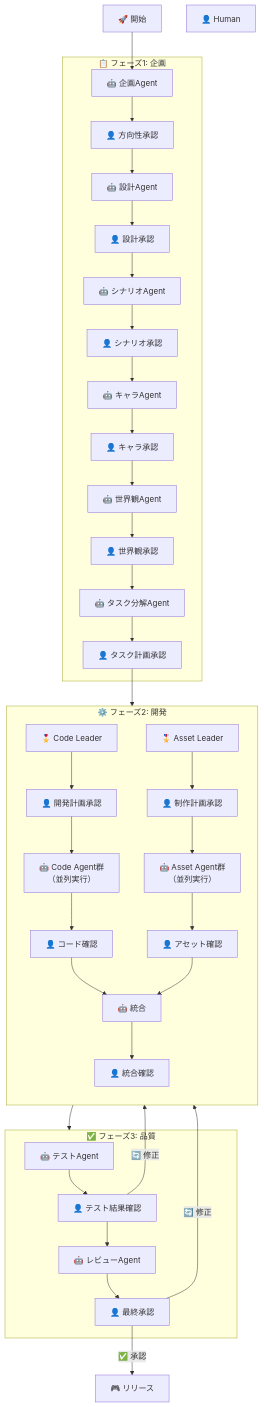
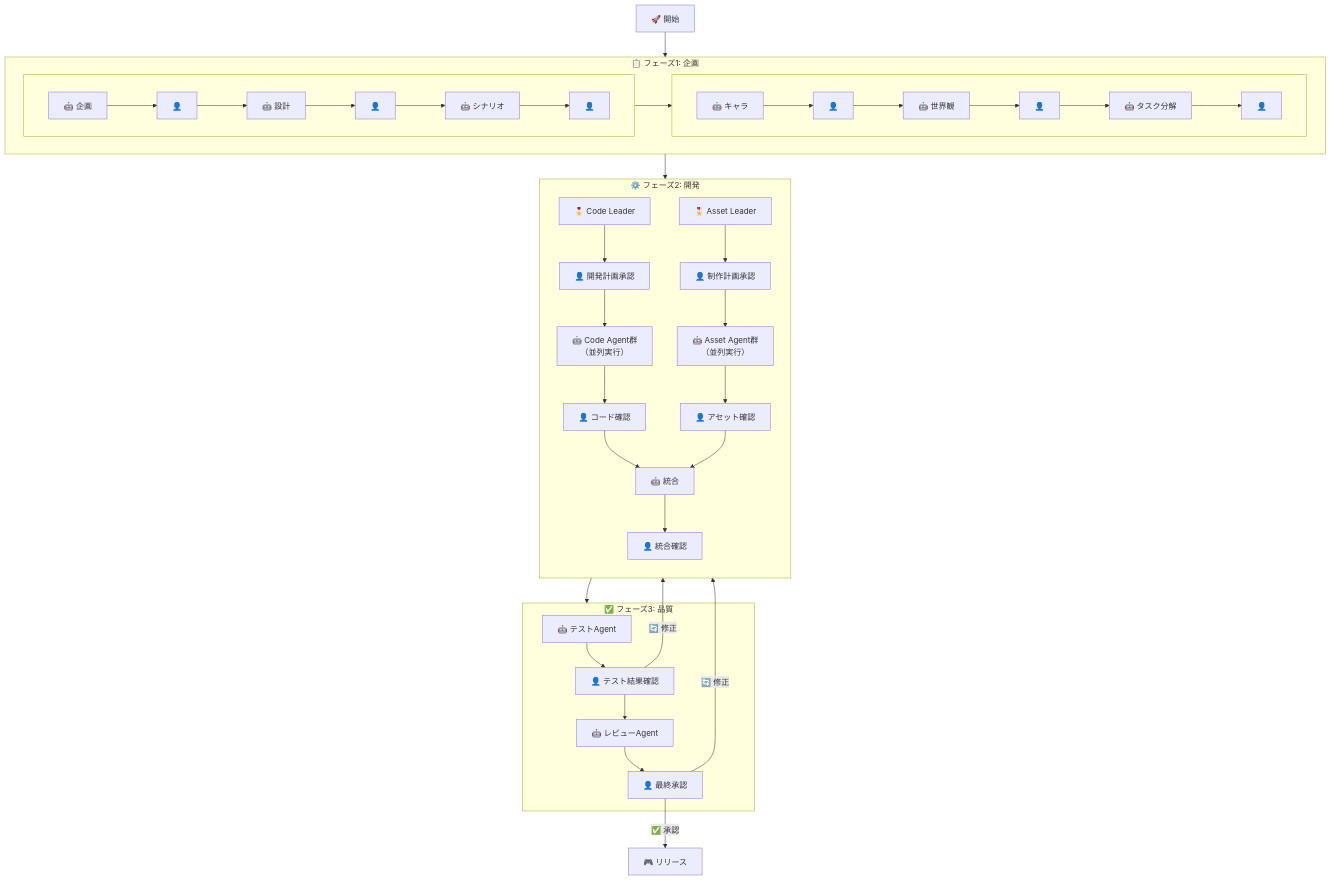
The first of 14 diagrams in langgraph/ARCHITECTURE.md (new-sankaku/toybox), drawn with Mermaid before and after one commit.

Commit message:
Improve Phase 1 layout: arrange agents in 2 rows for compactness

````diff
--- a/langgraph/ARCHITECTURE.md
+++ b/langgraph/ARCHITECTURE.md
@@ -27,57 +27,58 @@
 ```mermaid
 flowchart TB
     Start["🚀 開始"]
-    Human["👤 Human"]
 
-    Start --> P1
+    Start --> Phase1
 
     subgraph Phase1["📋 フェーズ1: 企画"]
-        P1["🤖 企画Agent"]
-        P1 --> H1["👤 方向性承認"]
-        H1 --> P2["🤖 設計Agent"]
-        P2 --> H2["👤 設計承認"]
-        H2 --> P3["🤖 シナリオAgent"]
-        P3 --> H3["👤 シナリオ承認"]
-        H3 --> P4["🤖 キャラAgent"]
-        P4 --> H4["👤 キャラ承認"]
-        H4 --> P5["🤖 世界観Agent"]
-        P5 --> H5["👤 世界観承認"]
-        H5 --> P6["🤖 タスク分解Agent"]
-        P6 --> H6["👤 タスク計画承認"]
+        direction LR
+        subgraph Row1[" "]
+            direction LR
+            P1["🤖 企画"] --> H1["👤"]
+            H1 --> P2["🤖 設計"] --> H2["👤"]
+            H2 --> P3["🤖 シナリオ"] --> H3["👤"]
+        end
+        subgraph Row2[" "]
+            direction LR
+            P4["🤖 キャラ"] --> H4["👤"]
+            H4 --> P5["🤖 世界観"] --> H5["👤"]
+            H5 --> P6["🤖 タスク分解"] --> H6["👤"]
+        end
+        Row1 --> Row2
     end
 
-    H6 --> Phase2
+    Phase1 --> Phase2
 
     subgraph Phase2["⚙️ フェーズ2: 開発"]
         direction TB
         CL["🎖️ Code Leader"]
         AL["🎖️ Asset Leader"]
 
         CL --> HCL["👤 開発計画承認"]
         AL --> HAL["👤 制作計画承認"]
 
         HCL --> CodeWork["🤖 Code Agent群<br/>（並列実行）"]
         HAL --> AssetWork["🤖 Asset Agent群<br/>（並列実行）"]
 
         CodeWork --> HCode["👤 コード確認"]
         AssetWork --> HAsset["👤 アセット確認"]
 
         HCode --> Integration["🤖 統合"]
         HAsset --> Integration
 
         Integration --> HInt["👤 統合確認"]
     end
 
     HInt --> Phase3
 
     subgraph Phase3["✅ フェーズ3: 品質"]
         T1["🤖 テストAgent"]
         T1 --> HT["👤 テスト結果確認"]
         HT --> R1["🤖 レビューAgent"]
         R1 --> HFinal["👤 最終承認"]
     end
 
     HFinal -->|"✅ 承認"| Done["🎮 リリース"]
     HFinal -->|"🔄 修正"| Phase2
     HT -->|"🔄 修正"| Phase2
 ```
````
